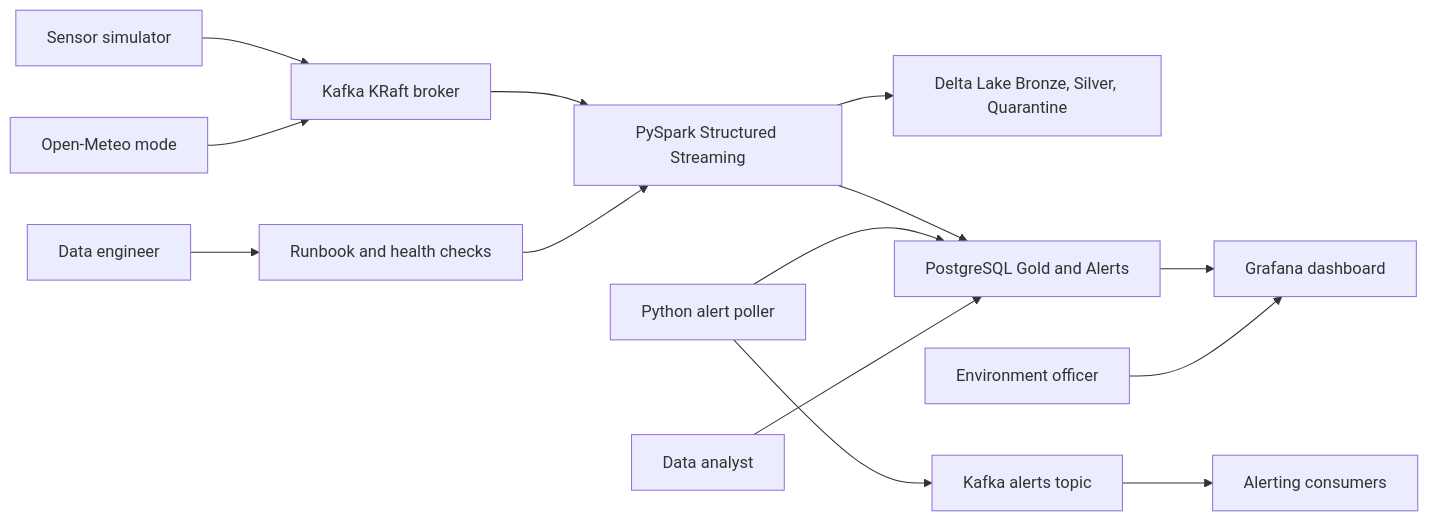
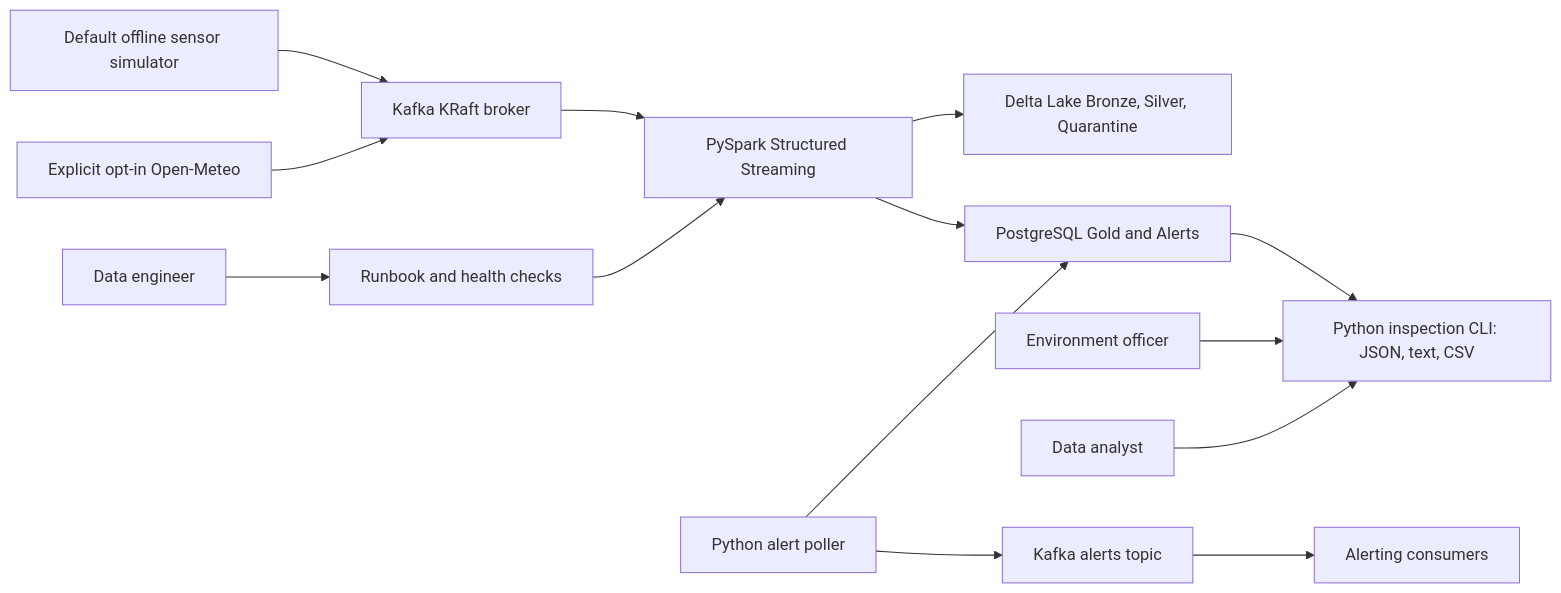
One commit to sukurcf/spec-vayustream-air-quality-pipeline changed the first of 7 diagrams in docs/05-system-architecture.md. Above: the diagram before and after it, drawn with Mermaid. The commit also changed other lines of this file and 14 other files, not shown here.

````diff
--- a/docs/05-system-architecture.md
+++ b/docs/05-system-architecture.md
@@ -7,16 +7,16 @@
 ```mermaid
 flowchart LR
-  Sensor["Sensor simulator"] --> Kafka["Kafka KRaft broker"]
-  OpenMeteo["Open-Meteo mode"] --> Kafka
+  Sensor["Default offline sensor simulator"] --> Kafka["Kafka KRaft broker"]
+  OpenMeteo["Explicit opt-in Open-Meteo"] --> Kafka
   Engineer["Data engineer"] --> Runbook["Runbook and health checks"]
   Kafka --> Spark["PySpark Structured Streaming"]
   Spark --> Delta["Delta Lake Bronze, Silver, Quarantine"]
   Spark --> Postgres["PostgreSQL Gold and Alerts"]
   Poller["Python alert poller"] --> Postgres
   Poller --> AlertTopic["Kafka alerts topic"]
   AlertTopic --> Consumers["Alerting consumers"]
-  Postgres --> Grafana["Grafana dashboard"]
-  Officer["Environment officer"] --> Grafana
-  Analyst["Data analyst"] --> Postgres
+  Postgres --> CLI["Python inspection CLI: JSON, text, CSV"]
+  Officer["Environment officer"] --> CLI
+  Analyst["Data analyst"] --> CLI
   Runbook --> Spark
 ```
````
